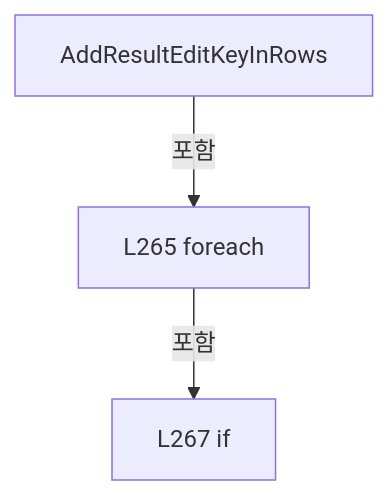
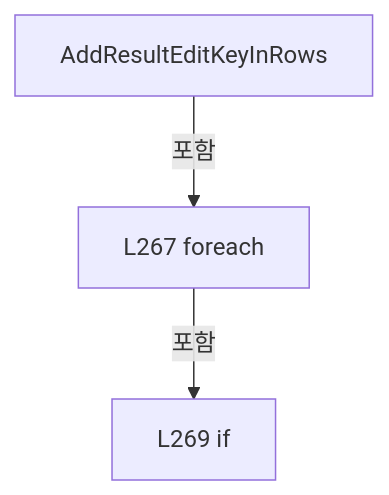
One commit to kjuws10-rgb/Shared changed diagram 11 of 24 in A3 LD Code Ref/files/Drilling.UI/Menu/Menus/CMenuCorrection.ReviewData.Edit.cs.md. Above: the diagram before and after it, drawn with Mermaid. The commit also changed other lines of this file and 2071 other files, not shown here.

Commit message:
docs(a3): update 11.19.0 architecture and code reference

````diff
--- a/A3 LD Code Ref/files/Drilling.UI/Menu/Menus/CMenuCorrection.ReviewData.Edit.cs.md
+++ b/A3 LD Code Ref/files/Drilling.UI/Menu/Menus/CMenuCorrection.ReviewData.Edit.cs.md
@@ -2404,8 +2462,8 @@
 ```mermaid
 flowchart TD
  M["AddResultEditKeyInRows"]
- N0["L265 foreach"]
+ N0["L267 foreach"]
  M -->|포함| N0
- N1["L267 if"]
+ N1["L269 if"]
  N0 -->|포함| N1
 ```
````
